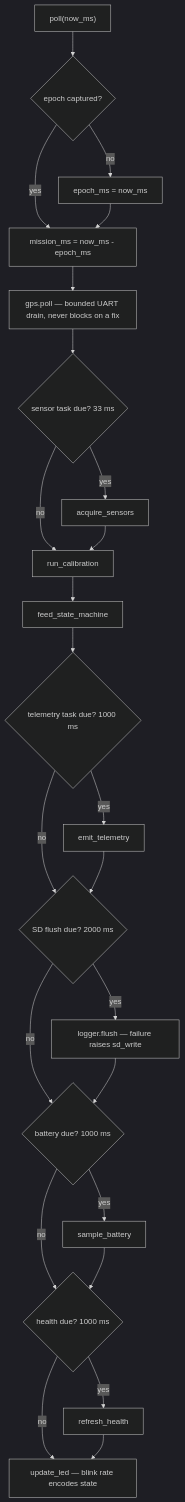
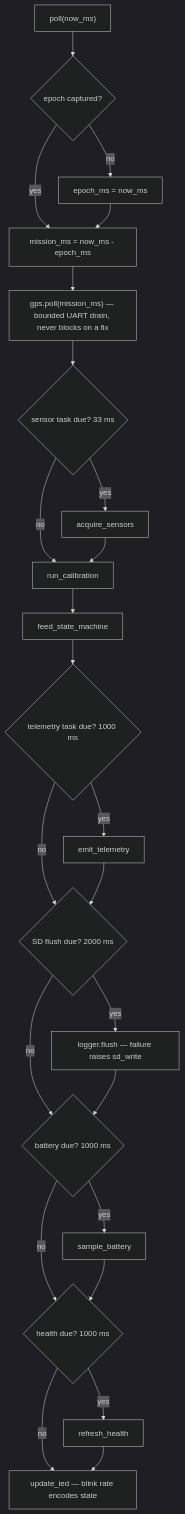
Before and after one commit to KunjSorathiya/CanSat-2026: the third of 9 diagrams in documentation/design/software-architecture.md, drawn with Mermaid (dark theme). The commit also changed other lines of this file and 23 other files, not shown here.

````diff
--- a/documentation/design/software-architecture.md
+++ b/documentation/design/software-architecture.md
@@ -172,26 +172,26 @@
 ```mermaid
 flowchart TD
     A["poll(now_ms)"] --> B{"epoch captured?"}
     B -- no --> C["epoch_ms = now_ms"]
     B -- yes --> D["mission_ms = now_ms - epoch_ms"]
     C --> D
-    D --> E["gps.poll — bounded UART drain, never blocks on a fix"]
+    D --> E["gps.poll(mission_ms) — bounded UART drain, never blocks on a fix"]
     E --> F{"sensor task due? 33 ms"}
     F -- yes --> G["acquire_sensors"]
     F -- no --> H["run_calibration"]
     G --> H
     H --> I["feed_state_machine"]
     I --> J{"telemetry task due? 1000 ms"}
     J -- yes --> K["emit_telemetry"]
     J -- no --> L{"SD flush due? 2000 ms"}
     K --> L
     L -- yes --> M["logger.flush — failure raises sd_write"]
     L -- no --> N{"battery due? 1000 ms"}
     M --> N
     N -- yes --> O["sample_battery"]
     N -- no --> P{"health due? 1000 ms"}
     O --> P
     P -- yes --> Q["refresh_health"]
     P -- no --> R["update_led — blink rate encodes state"]
     Q --> R
 ```
````
